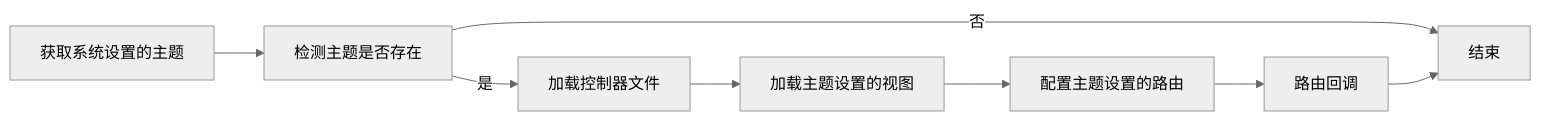
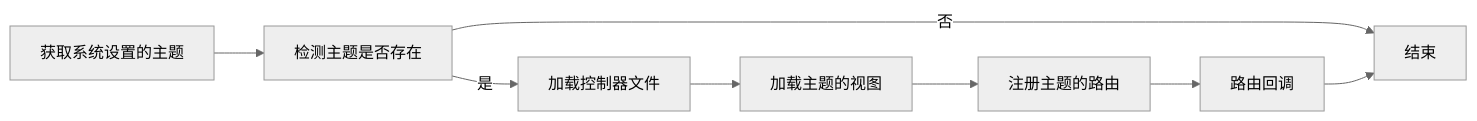
The first of 2 diagrams in sites/lsky/docs/advanced/theme.md (huohuastudio/websites), drawn with Mermaid (neutral theme) before and after one commit. The commit also changed other lines of this file and 16 other files, not shown here.

````diff
--- a/sites/lsky/docs/advanced/theme.md
+++ b/sites/lsky/docs/advanced/theme.md
@@ -255,10 +146,10 @@
 ```mermaid
 flowchart LR
     A[获取系统设置的主题] --> B[检测主题是否存在]
     B -- 否 --> Z[结束]
     B -- 是 --> C[加载控制器文件]
-    C --> D[加载主题设置的视图]
-    D --> E[配置主题设置的路由]
+    C --> D[加载主题的视图]
+    D --> E[注册主题的路由]
     E --> F[路由回调]
     F --> Z[结束]
 ```
````
